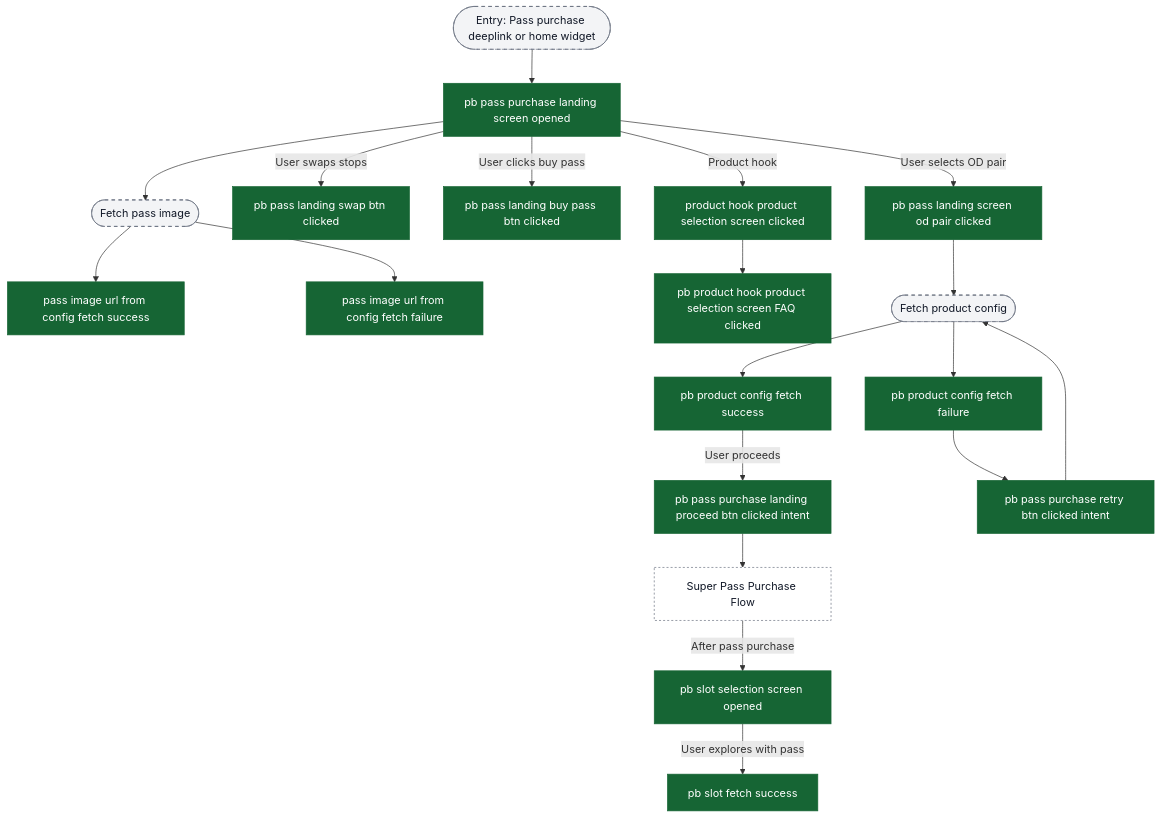
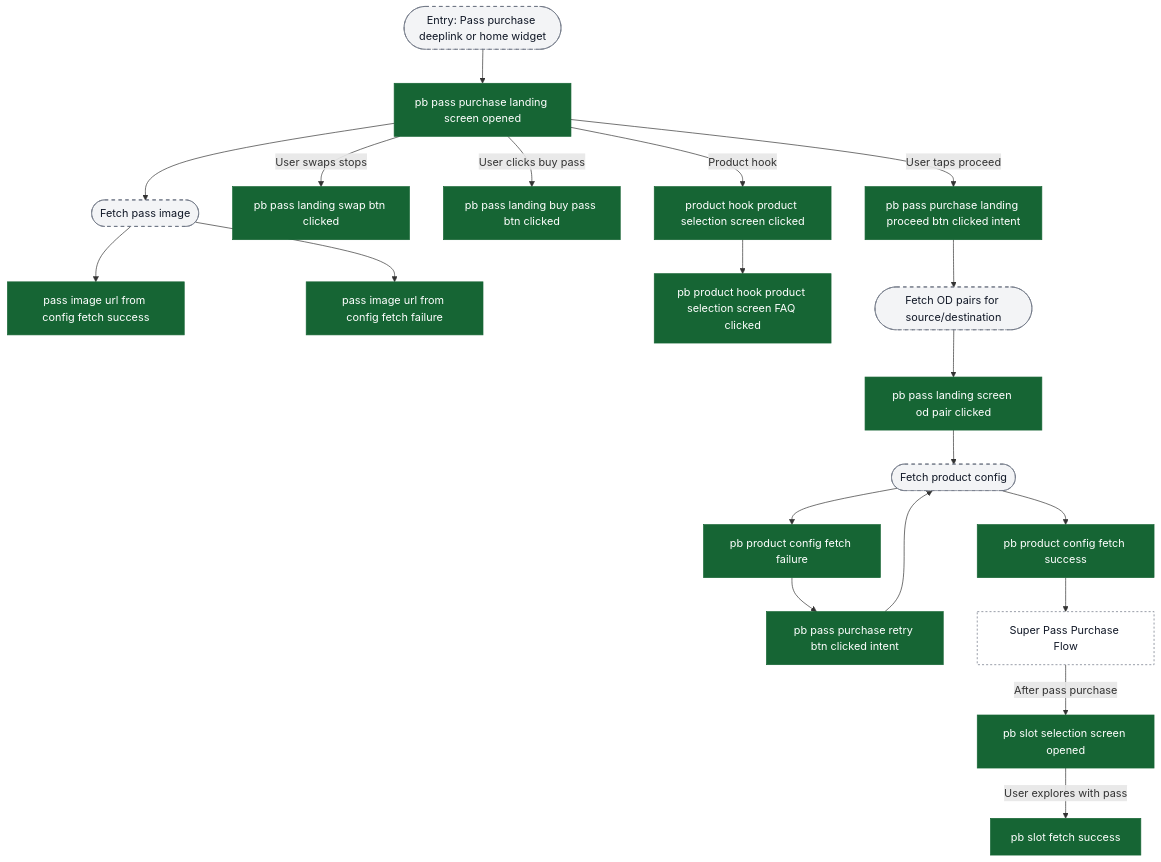
One commit to ratulsarna/chalo-app-dashboard changed the fourth of 7 diagrams in content/analytics/premium-bus-booking/flow-diagrams.md. Above: the diagram before and after it, drawn with Mermaid. The commit also changed other lines of this file and 1 other file, not shown here.

Commit message:
feat(analytics): add new events and properties for premium bus booking flow and update flow diagrams

````diff
--- a/content/analytics/premium-bus-booking/flow-diagrams.md
+++ b/content/analytics/premium-bus-booking/flow-diagrams.md
@@ -141,36 +147,40 @@
 ```mermaid
 flowchart TD
   ui_passEntry([Entry: Pass purchase deeplink or home widget]) --> ev_passLandingOpen["pb pass purchase landing screen opened"]
 
   ev_passLandingOpen --> ui_imageFetch([Fetch pass image])
   ui_imageFetch --> ev_imageSuccess["pass image url from config fetch success"]
   ui_imageFetch --> ev_imageFailed["pass image url from config fetch failure"]
 
   ev_passLandingOpen -->|User swaps stops| ev_swapClicked["pb pass landing swap btn clicked"]
   ev_passLandingOpen -->|User clicks buy pass| ev_buyPassClicked["pb pass landing buy pass btn clicked"]
-  ev_passLandingOpen -->|User selects OD pair| ev_odPairClicked["pb pass landing screen od pair clicked"]
+  ev_passLandingOpen -->|User taps proceed| ev_proceedClicked["pb pass purchase landing proceed btn clicked intent"]
   ev_passLandingOpen -->|Product hook| ev_productHookClicked["product hook product selection screen clicked"]
   ev_productHookClicked --> ev_productHookFaqClicked["pb product hook product selection screen FAQ clicked"]
+
+  ev_proceedClicked --> ui_odFetch([Fetch OD pairs for source/destination])
+  ui_odFetch --> ev_odPairClicked["pb pass landing screen od pair clicked"]
 
   ev_odPairClicked --> ui_configFetch([Fetch product config])
   ui_configFetch --> ev_configSuccess["pb product config fetch success"]
   ui_configFetch --> ev_configFailed["pb product config fetch failure"]
 
-  ev_configSuccess -->|User proceeds| ev_proceedClicked["pb pass purchase landing proceed btn clicked intent"]
-
   ev_configFailed --> ev_retryIntent["pb pass purchase retry btn clicked intent"]
   ev_retryIntent --> ui_configFetch
 
-  ev_proceedClicked --> ext_superPassFlow[Super Pass Purchase Flow]
+  ev_configSuccess --> ext_superPassFlow[Super Pass Purchase Flow]
 
   ext_superPassFlow -->|After pass purchase| ev_slotScreenOpen["pb slot selection screen opened"]
   ev_slotScreenOpen -->|User explores with pass| ev_slotSuccess["pb slot fetch success"]
+
+  %%chalo:diagram-link ext_superPassFlow -> title:External: Super Pass Purchase Flow
+  %%chalo:diagram-link ev_slotScreenOpen -> title:Slot Selection Detailed Instrumentation
 
   classDef event fill:#166534,stroke:#166534,color:#ffffff;
   classDef ui fill:#f3f4f6,stroke:#6b7280,stroke-dasharray: 5 5,color:#111827;
   classDef external fill:#ffffff,stroke:#6b7280,stroke-dasharray: 3 3,color:#111827;
 
-  class ev_passLandingOpen,ev_imageSuccess,ev_imageFailed,ev_swapClicked,ev_buyPassClicked,ev_odPairClicked,ev_productHookClicked,ev_productHookFaqClicked,ev_configSuccess,ev_configFailed,ev_retryIntent,ev_proceedClicked,ev_slotScreenOpen,ev_slotSuccess event;
-  class ui_passEntry,ui_imageFetch,ui_configFetch ui;
+  class ev_passLandingOpen,ev_imageSuccess,ev_imageFailed,ev_swapClicked,ev_buyPassClicked,ev_proceedClicked,ev_odPairClicked,ev_productHookClicked,ev_productHookFaqClicked,ev_configSuccess,ev_configFailed,ev_retryIntent,ev_slotScreenOpen,ev_slotSuccess event;
+  class ui_passEntry,ui_imageFetch,ui_odFetch,ui_configFetch ui;
   class ext_superPassFlow external;
 ```
````
